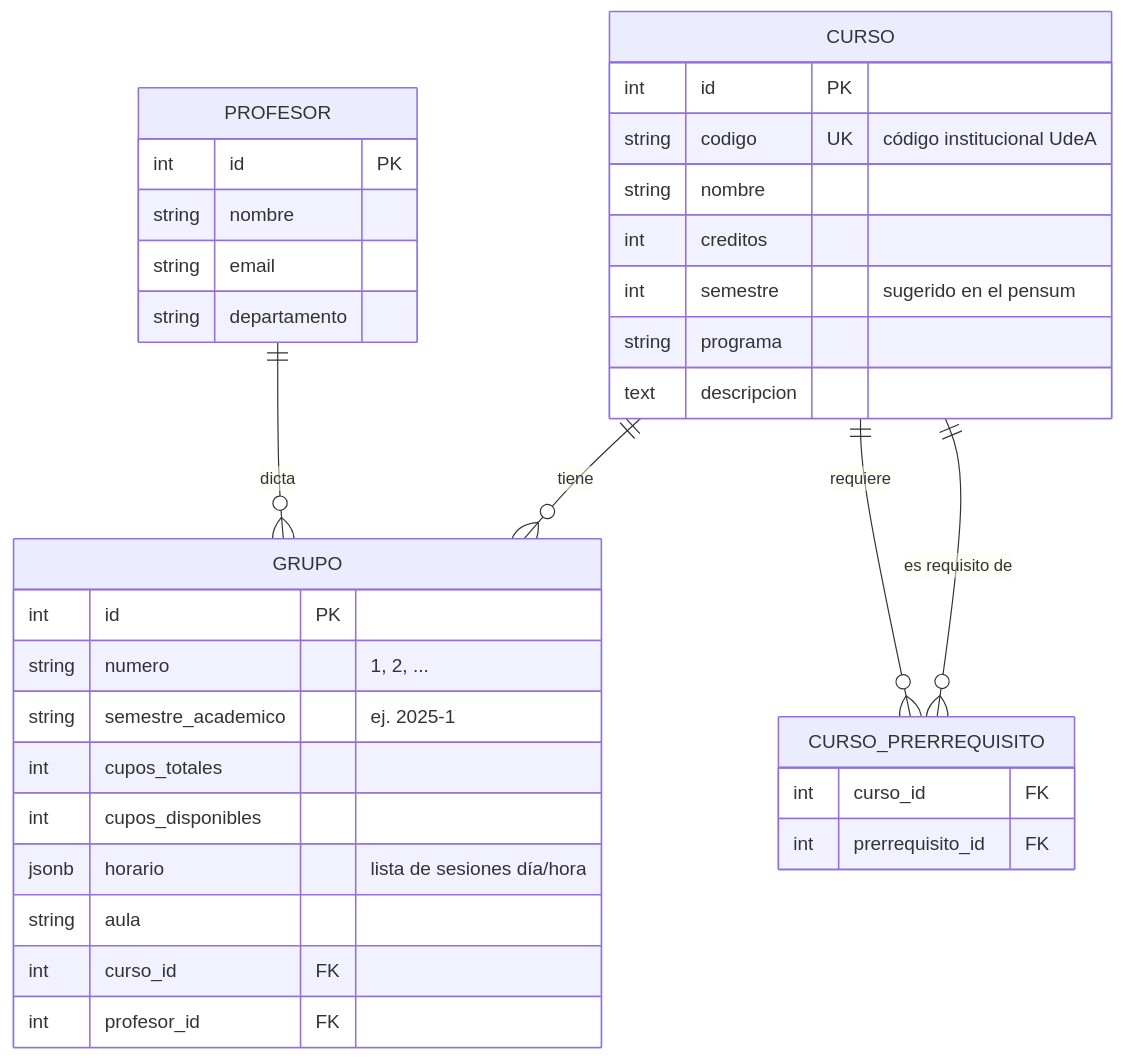
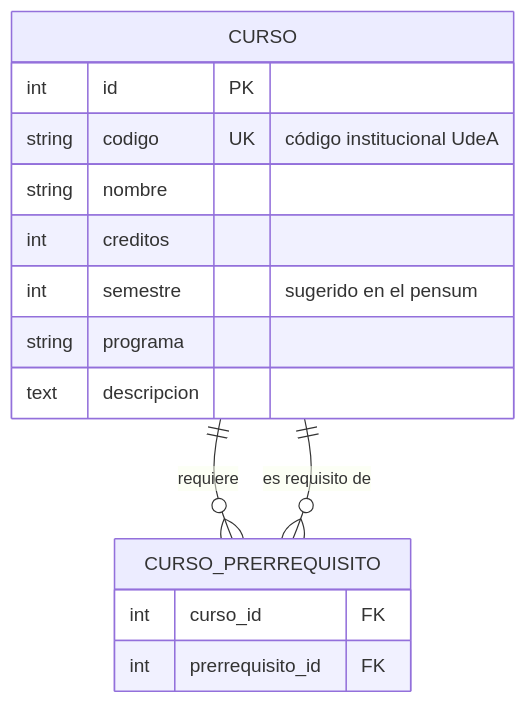
Before and after one commit to JisusTQ/planeai-udea: the second of 2 diagrams in README.md, drawn with Mermaid. The commit also changed other lines of this file and 1 other file, not shown here.

````diff
--- a/README.md
+++ b/README.md
@@ -129,41 +193,20 @@
 ```mermaid
 erDiagram
-    CURSO    ||--o{ GRUPO : "tiene"
-    PROFESOR ||--o{ GRUPO : "dicta"
-    CURSO    ||--o{ CURSO_PRERREQUISITO : "requiere"
-    CURSO    ||--o{ CURSO_PRERREQUISITO : "es requisito de"
+    CURSO ||--o{ CURSO_PRERREQUISITO : "requiere"
+    CURSO ||--o{ CURSO_PRERREQUISITO : "es requisito de"
 
     CURSO {
         int     id PK
         string  codigo UK "código institucional UdeA"
         string  nombre
         int     creditos
         int     semestre "sugerido en el pensum"
         string  programa
         text    descripcion
     }
 
-    PROFESOR {
-        int     id PK
-        string  nombre
-        string  email
-        string  departamento
-    }
-
-    GRUPO {
-        int     id PK
-        string  numero "1, 2, ..."
-        string  semestre_academico "ej. 2025-1"
-        int     cupos_totales
-        int     cupos_disponibles
-        jsonb   horario "lista de sesiones día/hora"
-        string  aula
-        int     curso_id FK
-        int     profesor_id FK
-    }
-
     CURSO_PRERREQUISITO {
         int     curso_id FK
         int     prerrequisito_id FK
     }
 ```
````
